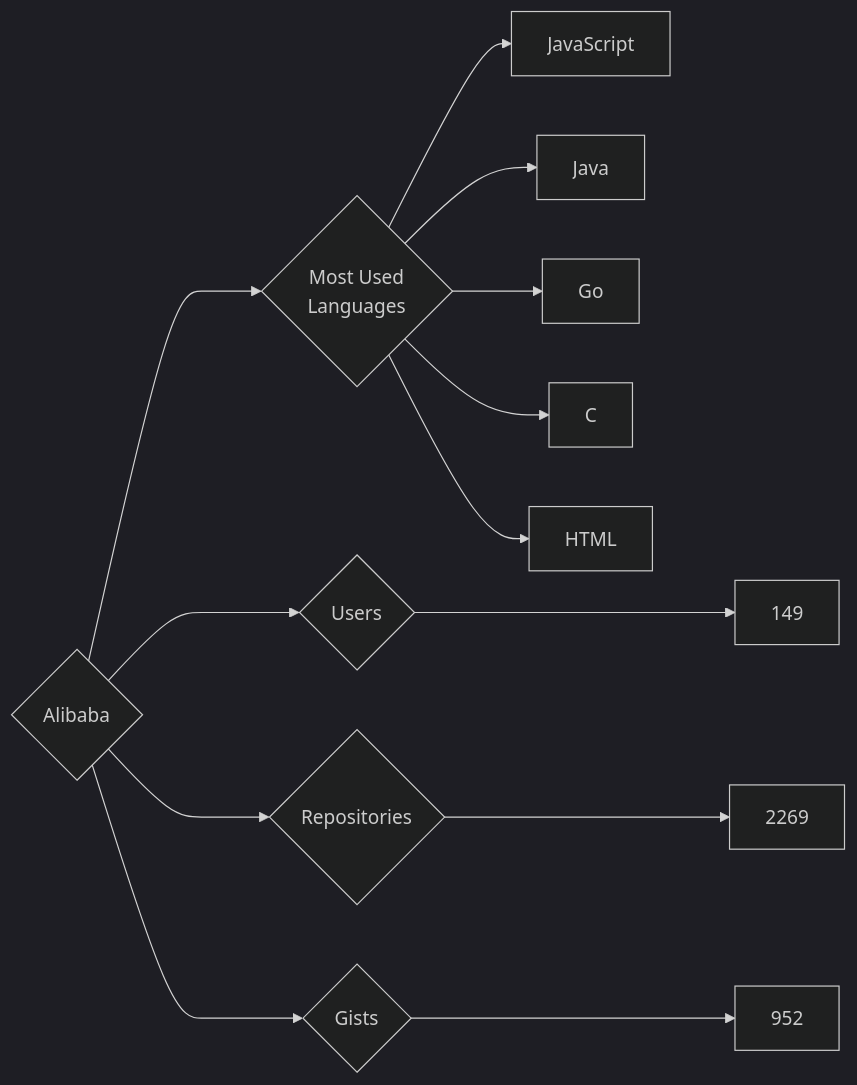
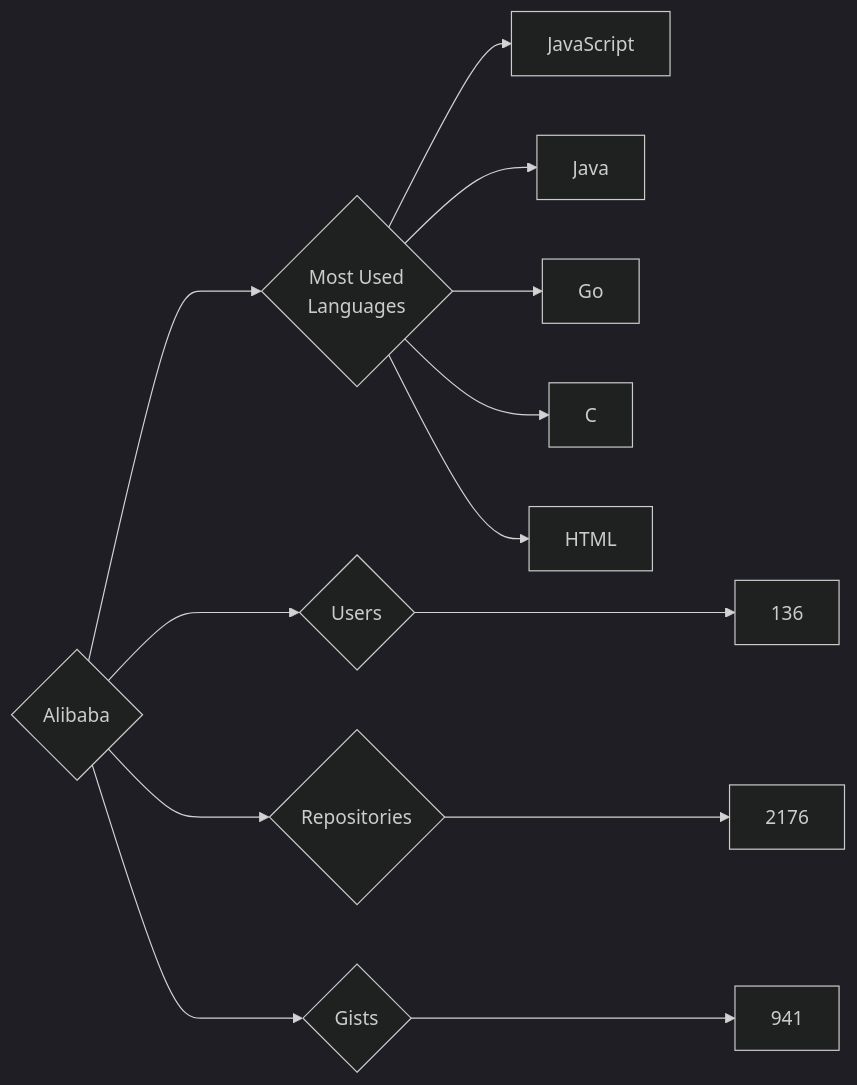
Before and after one commit to trickest/insiders: the diagram in targets/Alibaba/README.md, drawn with Mermaid (dark theme). The commit also changed 644 other files, not shown here.

````diff
--- a/targets/Alibaba/README.md
+++ b/targets/Alibaba/README.md
@@ -3,13 +3,13 @@
 ```mermaid
 graph LR
 COMPANY_NAME{Alibaba}
-COMPANY_NAME ---> U{Users} ---> UN[149]
-COMPANY_NAME ---> R{Repositories} ---> RN[2269]
-COMPANY_NAME ---> G{Gists} ---> GN[952]
+COMPANY_NAME ---> U{Users} ---> UN[136]
+COMPANY_NAME ---> R{Repositories} ---> RN[2176]
+COMPANY_NAME ---> G{Gists} ---> GN[941]
 COMPANY_NAME ---> ML{Most Used<br>Languages}
 ML --> JavaScript[JavaScript]
 ML --> Java[Java]
 ML --> Go[Go]
 ML --> C[C]
 ML --> HTML[HTML]
 ```
````
